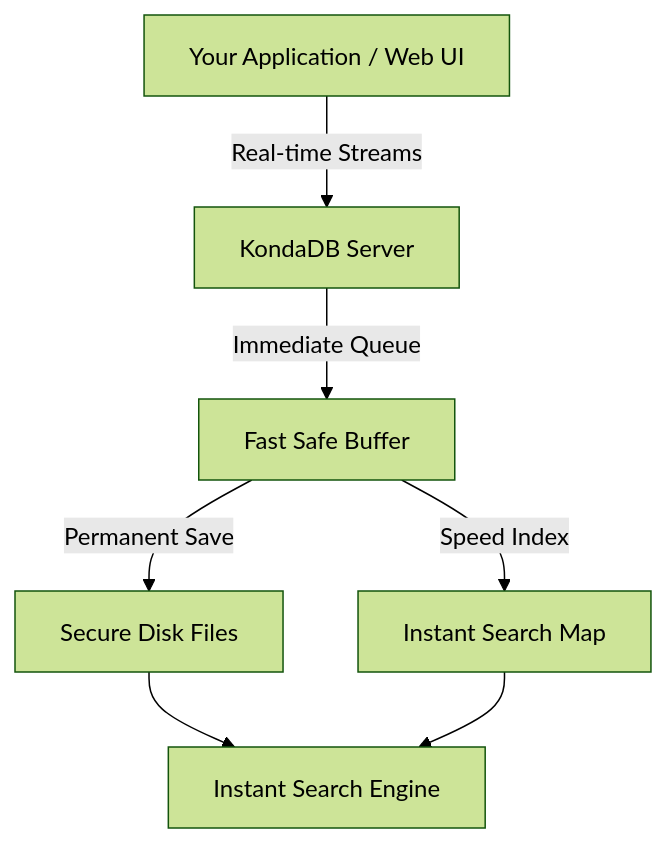
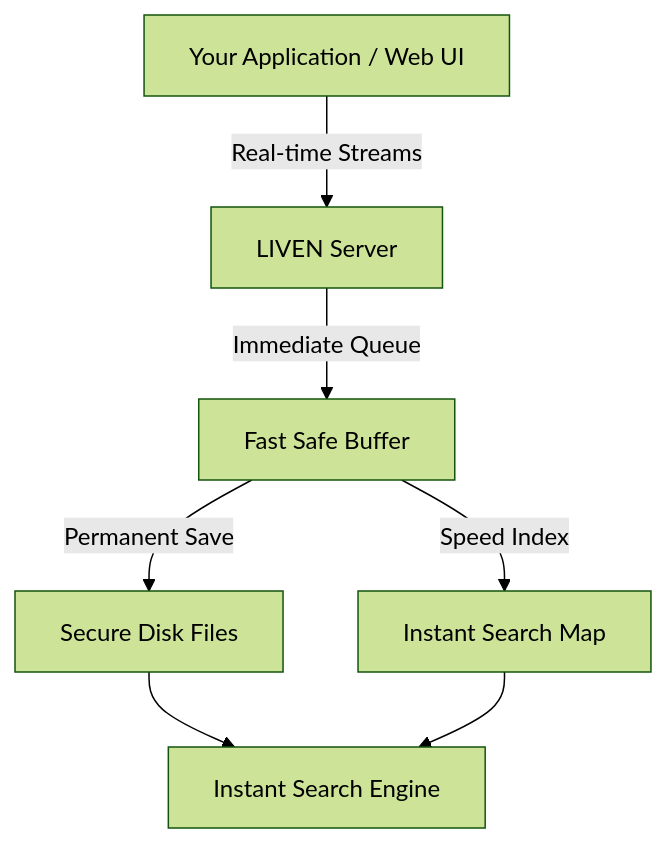
The diagram in README.md (livendb/liven), drawn with Mermaid (forest theme) before and after one commit. The commit also changed other lines of this file and 44 other files, not shown here.

Commit message:
Refactor entire codebase to rename KondaDB to LIVEN

````diff
--- a/README.md
+++ b/README.md
@@ -23,8 +23,8 @@
 ```mermaid
 graph TD
-    Client[Your Application / Web UI] -- Real-time Streams --> Server[KondaDB Server]
+    Client[Your Application / Web UI] -- Real-time Streams --> Server[LIVEN Server]
     Server -- Immediate Queue --> Memory[Fast Safe Buffer]
     Memory -- Permanent Save --> Storage[Secure Disk Files]
     Memory -- Speed Index --> Map[Instant Search Map]
     Storage & Map --> Engine[Instant Search Engine]
 ```
````
